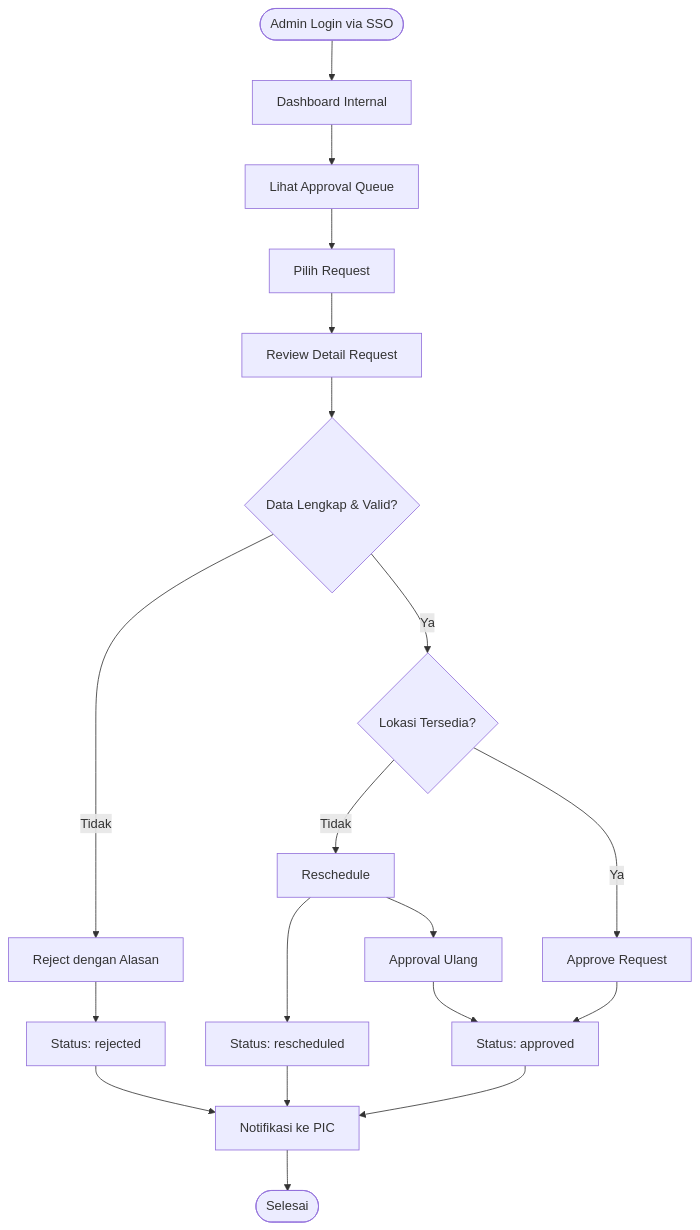
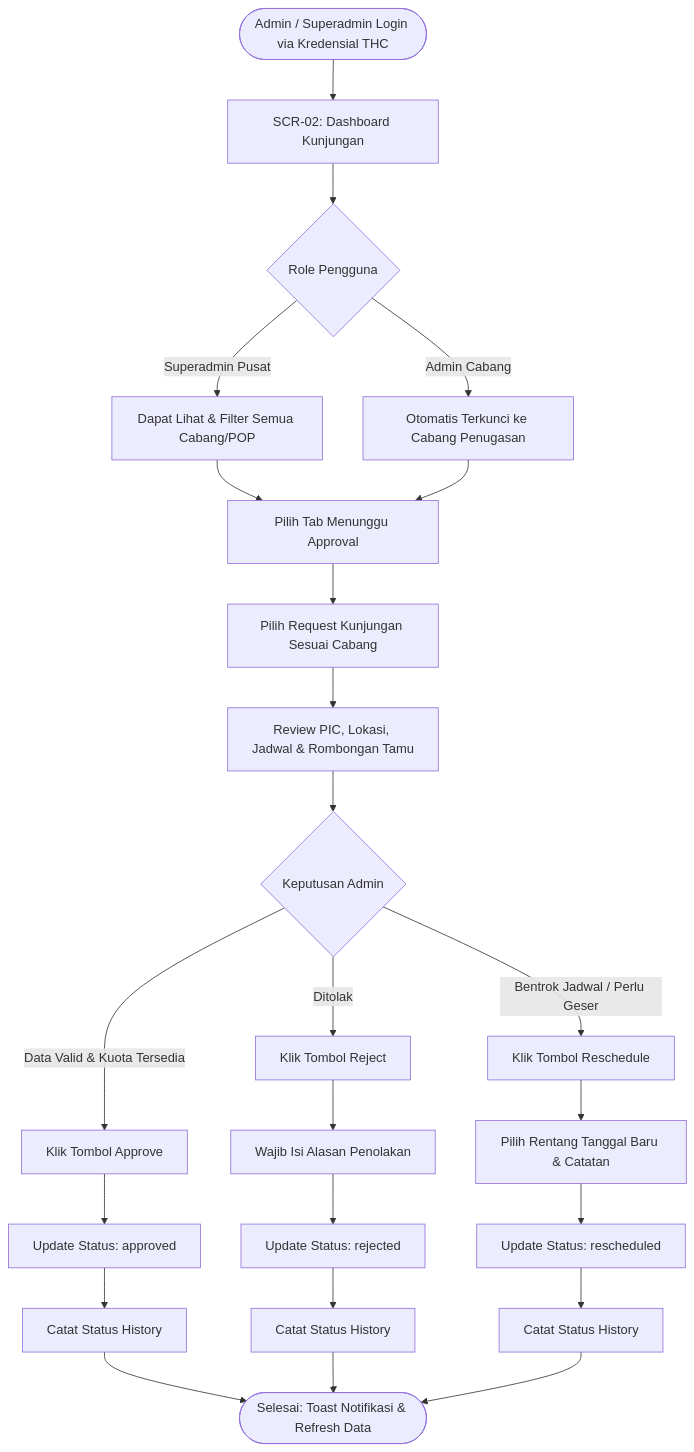
One commit to andyderis36/thc-vms changed the diagram in docs/2. User Flow Diagram/2.2 Flow Approval oleh THC Admin.mermaid. Above: the diagram before and after it, drawn with Mermaid. The commit also changed 26 other files, not shown here.

Commit message:
Remove outdated documentation files for THC Visitor Management, including screen inventory, design system, user flow, internal and external screen specs, and prompt templates.

```diff
--- a/docs/2. User Flow Diagram/2.2 Flow Approval oleh THC Admin.mermaid
+++ b/docs/2. User Flow Diagram/2.2 Flow Approval oleh THC Admin.mermaid
@@ -1,25 +1,29 @@
 flowchart TD
-    Start([Admin Login via SSO]) --> Dashboard[Dashboard Internal]
-    Dashboard --> CekQueue[Lihat Approval Queue]
-    CekQueue --> PilihRequest[Pilih Request]
-    PilihRequest --> Review[Review Detail Request]
-    Review --> CekData{Data Lengkap & Valid?}
+    Start([Admin / Superadmin Login via Kredensial THC]) --> Dashboard[SCR-02: Dashboard Kunjungan]
+    Dashboard --> ScopeCheck{Role Pengguna}
+    ScopeCheck -- Superadmin Pusat --> AllBranches[Dapat Lihat & Filter Semua Cabang/POP]
+    ScopeCheck -- Admin Cabang --> BranchOnly[Otomatis Terkunci ke Cabang Penugasan]
+    AllBranches --> TabAntrean[Pilih Tab Menunggu Approval]
+    BranchOnly --> TabAntrean
+    TabAntrean --> PilihKunjungan[Pilih Request Kunjungan Sesuai Cabang]
+    PilihKunjungan --> ReviewData[Review PIC, Lokasi, Jadwal & Rombongan Tamu]
     
-    CekData -- Tidak --> Reject[Reject dengan Alasan]
-    CekData -- Ya --> CekLokasi{Lokasi Tersedia?}
+    ReviewData --> Evaluasi{Keputusan Admin}
     
-    CekLokasi -- Tidak --> Reschedule[Reschedule]
-    CekLokasi -- Ya --> Approve[Approve Request]
+    Evaluasi -- Data Valid & Kuota Tersedia --> ModalApprove[Klik Tombol Approve]
+    ModalApprove --> SimpanApprove[Update Status: approved]
+    SimpanApprove --> LogHistoryApprove[Catat Status History]
     
-    Reject --> StatusRejected[Status: rejected]
-    Reschedule --> StatusRescheduled[Status: rescheduled]
-    Approve --> StatusApproved[Status: approved]
+    Evaluasi -- Ditolak --> ModalReject[Klik Tombol Reject]
+    ModalReject --> InputAlasan[Wajib Isi Alasan Penolakan]
+    InputAlasan --> SimpanReject[Update Status: rejected]
+    SimpanReject --> LogHistoryReject[Catat Status History]
     
-    StatusRejected --> NotifPIC[Notifikasi ke PIC]
-    StatusRescheduled --> NotifPIC
-    StatusApproved --> NotifPIC
+    Evaluasi -- Bentrok Jadwal / Perlu Geser --> ModalReschedule[Klik Tombol Reschedule]
+    ModalReschedule --> InputJadwalBaru[Pilih Rentang Tanggal Baru & Catatan]
+    InputJadwalBaru --> SimpanReschedule[Update Status: rescheduled]
+    SimpanReschedule --> LogHistoryReschedule[Catat Status History]
     
-    NotifPIC --> Selesai([Selesai])
-    
-    Reschedule --> TungguApproval[Approval Ulang]
-    TungguApproval --> StatusApproved
+    LogHistoryApprove --> Selesai([Selesai: Toast Notifikasi & Refresh Data])
+    LogHistoryReject --> Selesai
+    LogHistoryReschedule --> Selesai
```
